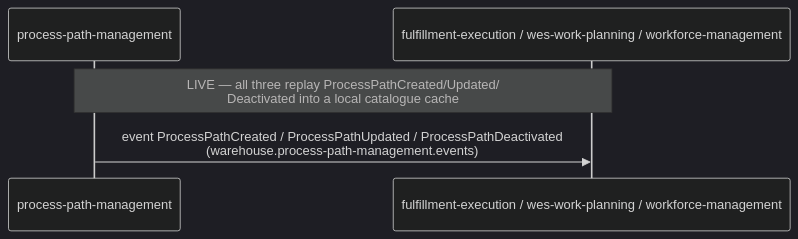
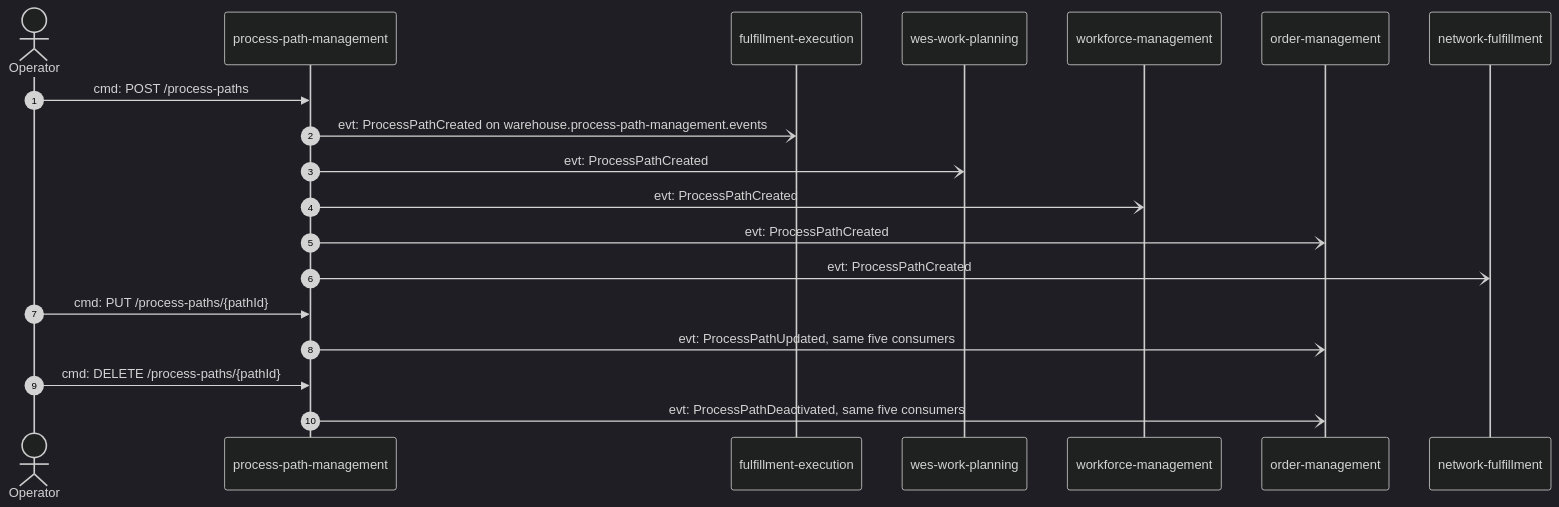
Before and after one commit to IQVO/warehouse-docs: the ninth of 9 diagrams in docs/strategic-design/domain-message-flows.md, drawn with Mermaid (dark theme). The commit also changed other lines of this file and 717 other files, not shown here.

````diff
--- a/docs/strategic-design/domain-message-flows.md
+++ b/docs/strategic-design/domain-message-flows.md
@@ -135,8 +431,21 @@
 ```mermaid
 sequenceDiagram
+    autonumber
+    actor Op as Operator
     participant PPM as process-path-management
-    participant WES as fulfillment-execution / wes-work-planning / workforce-management
-
-    Note over PPM,WES: LIVE — all three replay ProcessPathCreated/Updated/<br/>Deactivated into a local catalogue cache
-    PPM->>WES: event ProcessPathCreated / ProcessPathUpdated / ProcessPathDeactivated<br/>(warehouse.process-path-management.events)
+    participant FE as fulfillment-execution
+    participant WP as wes-work-planning
+    participant WFM as workforce-management
+    participant OM as order-management
+    participant NF as network-fulfillment
+    Op->>PPM: cmd: POST /process-paths
+    PPM-)FE: evt: ProcessPathCreated on warehouse.process-path-management.events
+    PPM-)WP: evt: ProcessPathCreated
+    PPM-)WFM: evt: ProcessPathCreated
+    PPM-)OM: evt: ProcessPathCreated
+    PPM-)NF: evt: ProcessPathCreated
+    Op->>PPM: cmd: PUT /process-paths/{pathId}
+    PPM-)OM: evt: ProcessPathUpdated, same five consumers
+    Op->>PPM: cmd: DELETE /process-paths/{pathId}
+    PPM-)OM: evt: ProcessPathDeactivated, same five consumers
 ```
````
